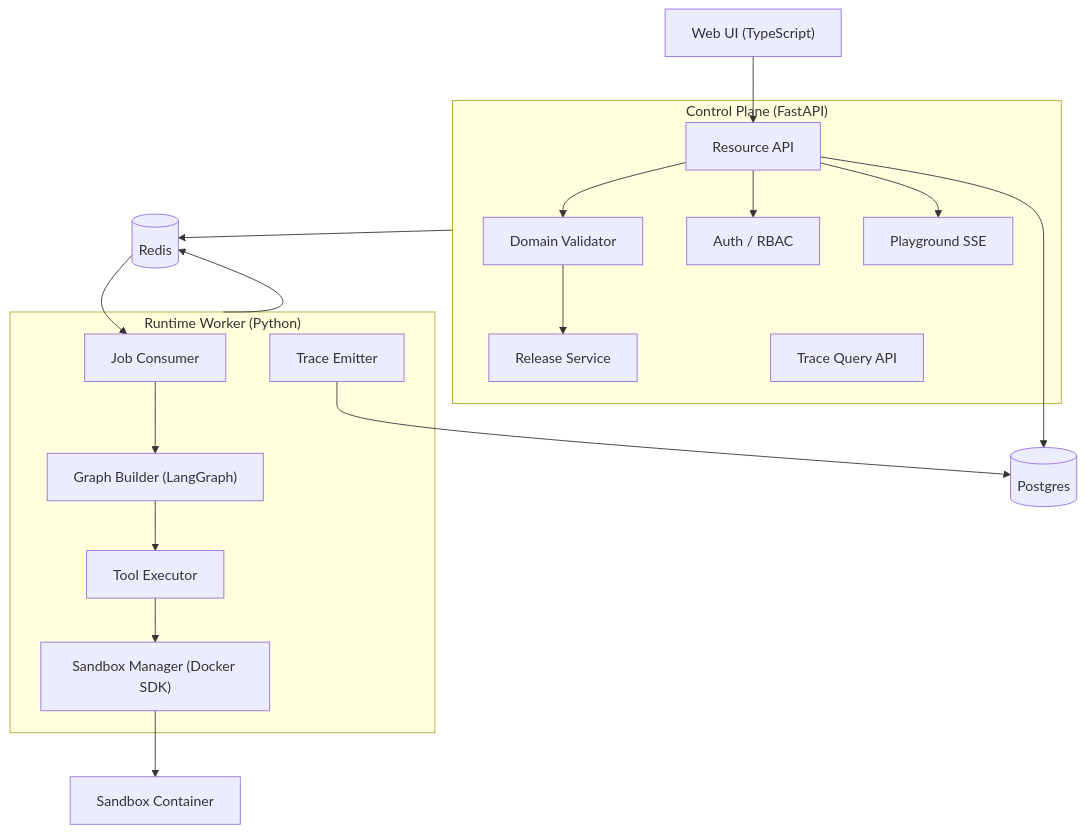
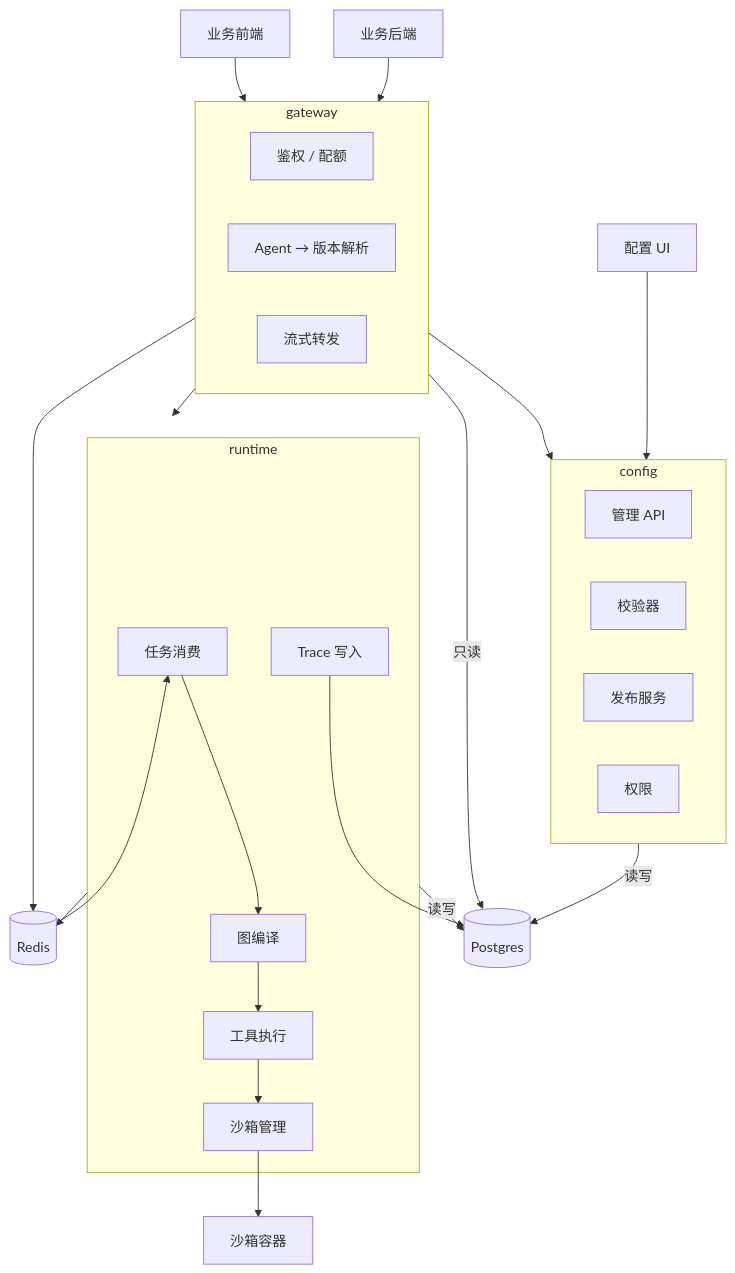
One commit to solo-xuhonglin/agent-ops changed the diagram in docs/agent-platform-design.md. Above: the diagram before and after it, drawn with Mermaid. The commit also changed other lines of this file and 1 other file, not shown here.

First line of the commit message:
Archive detailed agent platform design

````diff
--- a/docs/agent-platform-design.md
+++ b/docs/agent-platform-design.md
@@ -38,34 +47,44 @@
 ```mermaid
 flowchart TB
-    UI["Web UI (TypeScript)"]
-    subgraph CP["Control Plane (FastAPI)"]
-        API["Resource API"]
-        VAL["Domain Validator"]
-        PUB["Release Service"]
-        RBAC["Auth / RBAC"]
-        TRACE["Trace Query API"]
-        PLAY["Playground SSE"]
+    BE["业务后端"]
+    FE["业务前端"]
+    UI["配置 UI"]
+
+    subgraph GW["gateway"]
+        AUTH["鉴权 / 配额"]
+        RESOLVE["Agent → 版本解析"]
+        FWD["流式转发"]
     end
-    subgraph RT["Runtime Worker (Python)"]
-        JC["Job Consumer"]
-        GB["Graph Builder (LangGraph)"]
-        TE["Tool Executor"]
-        SM["Sandbox Manager (Docker SDK)"]
-        EM["Trace Emitter"]
+    subgraph CFG["config"]
+        API["管理 API"]
+        VAL["校验器"]
+        PUB["发布服务"]
+        RBAC["权限"]
     end
+    subgraph RT["runtime"]
+        JC["任务消费"]
+        GB["图编译"]
+        TE["工具执行"]
+        SM["沙箱管理"]
+        EM["Trace 写入"]
+    end
+
     PG[("Postgres")]
     RDS[("Redis")]
-    DOCK["Sandbox Container"]
+    DOCK["沙箱容器"]
 
-    UI --> API
-    API --> VAL --> PUB
-    API --> RBAC
-    API --> PLAY
-    API --> PG
-    CP --> RDS
+    BE --> GW
+    FE --> GW
+    UI --> CFG
+    GW --> CFG
+    GW -->|只读| PG
+    GW --> RT
+    CFG -->|读写| PG
+    RT -->|读写| PG
+    GW --> RDS
     RDS --> JC
     JC --> GB --> TE
     TE --> SM --> DOCK
     EM --> PG
     RT --> RDS
 ```
````
